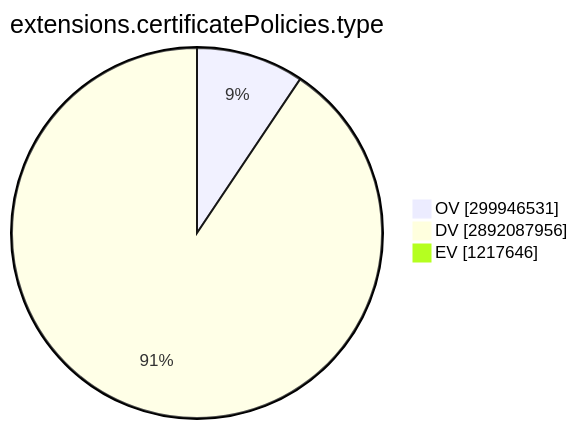
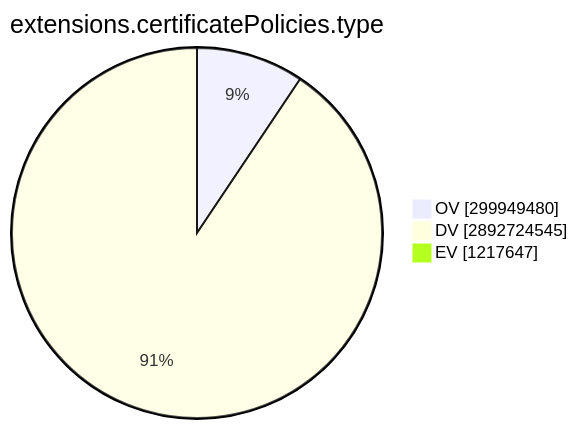
Before and after one commit to christiankrug/ctmonitor_visualization: the ninth of 15 diagrams in TOTAL/README.md, drawn with Mermaid. The commit also changed other lines of this file, not shown here.

````diff
--- a/TOTAL/README.md
+++ b/TOTAL/README.md
@@ -3101,7 +3101,7 @@
 ```mermaid
 pie showData
 title extensions.certificatePolicies.type
-"OV" :299946531
-"DV" :2892087956
-"EV" :1217646
+"OV" :299949480
+"DV" :2892724545
+"EV" :1217647
 ```
````
